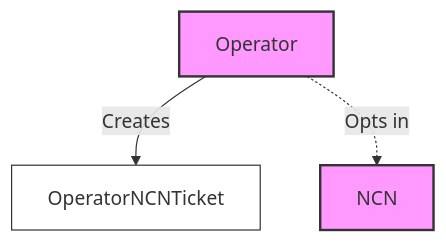
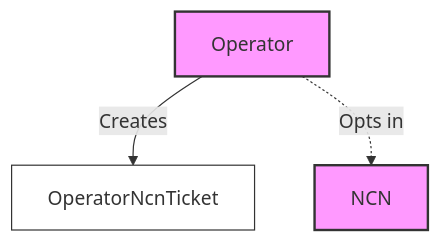
One commit to jito-foundation/restaking changed the first of 5 diagrams in docs/concepts/restaking_program.md. Above: the diagram before and after it, drawn with Mermaid. The commit also changed other lines of this file and 1 other file, not shown here.

````diff
--- a/docs/concepts/restaking_program.md
+++ b/docs/concepts/restaking_program.md
@@ -58,10 +58,10 @@
 ```mermaid
 graph TD
     classDef main fill: #f9f, stroke: #333, stroke-width: 2px;
     classDef ticket fill: #fff, stroke: #333, stroke-width: 1px;
     NCN[NCN]:::main
     Operator[Operator]:::main
-    OperatorNcnTicket[OperatorNCNTicket]:::ticket
+    OperatorNcnTicket[OperatorNcnTicket]:::ticket
     Operator -->|Creates| OperatorNcnTicket
     Operator -.->|Opts in| NCN
 ```
````
